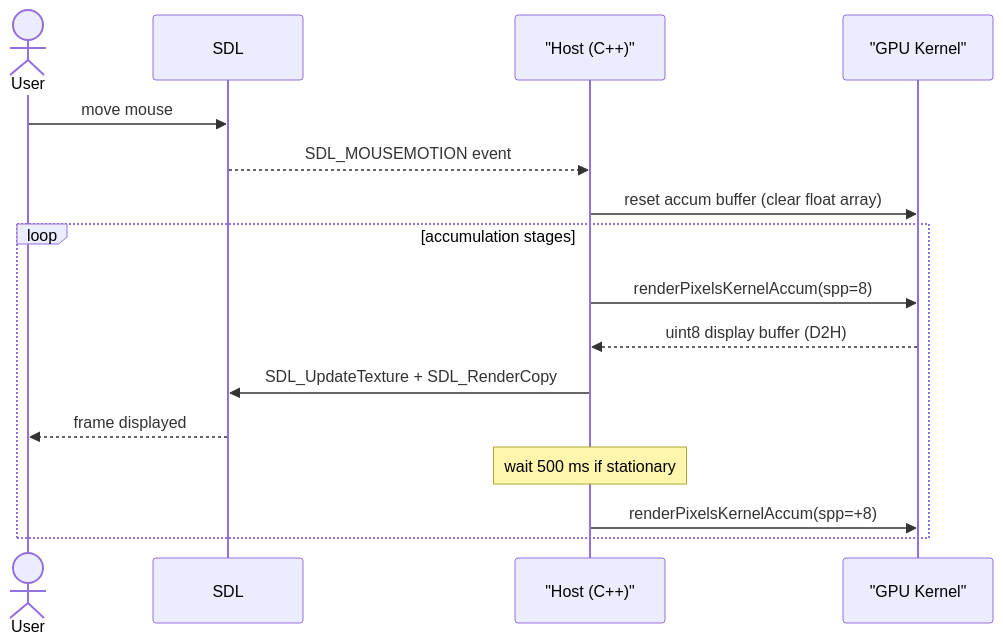
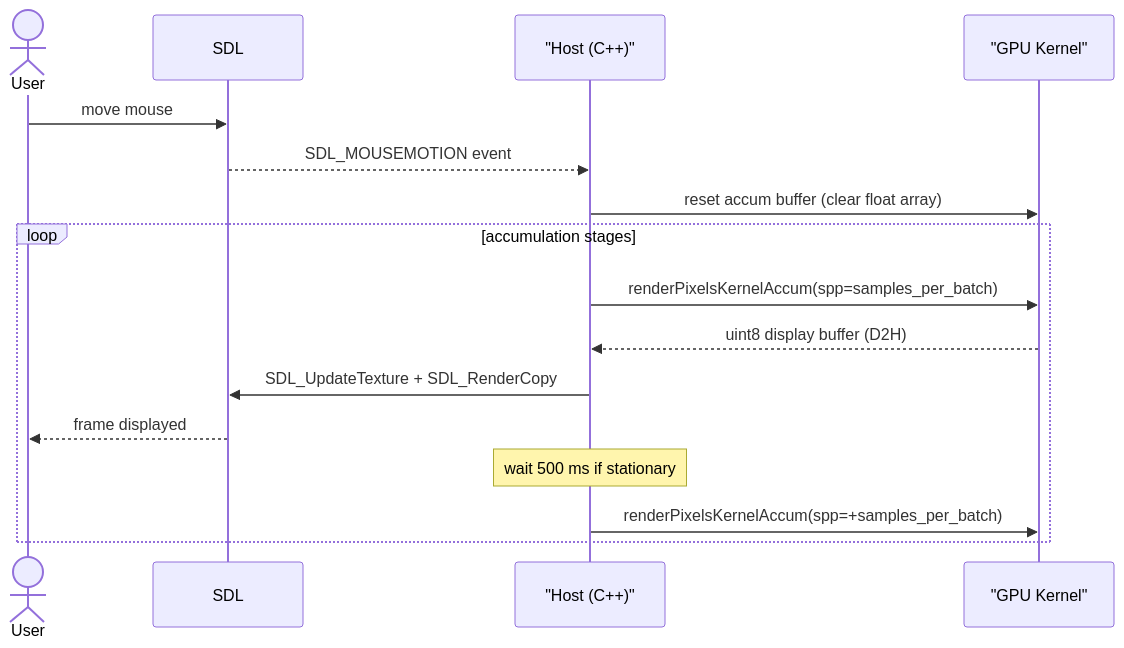
Before and after one commit to pmudry/RayON: the diagram in website/docs/architecture/progressive-rendering.md, drawn with Mermaid. The commit also changed other lines of this file and 19 other files, not shown here.

````diff
--- a/website/docs/architecture/progressive-rendering.md
+++ b/website/docs/architecture/progressive-rendering.md
@@ -17,19 +17,19 @@
 ```mermaid
 sequenceDiagram
     actor User
     participant SDL
     participant Host as "Host (C++)"
     participant GPU as "GPU Kernel"
 
     User->>SDL: move mouse
     SDL-->>Host: SDL_MOUSEMOTION event
     Host->>GPU: reset accum buffer (clear float array)
     loop accumulation stages
-        Host->>GPU: renderPixelsKernelAccum(spp=8)
+        Host->>GPU: renderPixelsKernelAccum(spp=samples_per_batch)
         GPU-->>Host: uint8 display buffer (D2H)
         Host->>SDL: SDL_UpdateTexture + SDL_RenderCopy
         SDL-->>User: frame displayed
         Note over Host: wait 500 ms if stationary
-        Host->>GPU: renderPixelsKernelAccum(spp=+8)
+        Host->>GPU: renderPixelsKernelAccum(spp=+samples_per_batch)
     end
 ```
````
